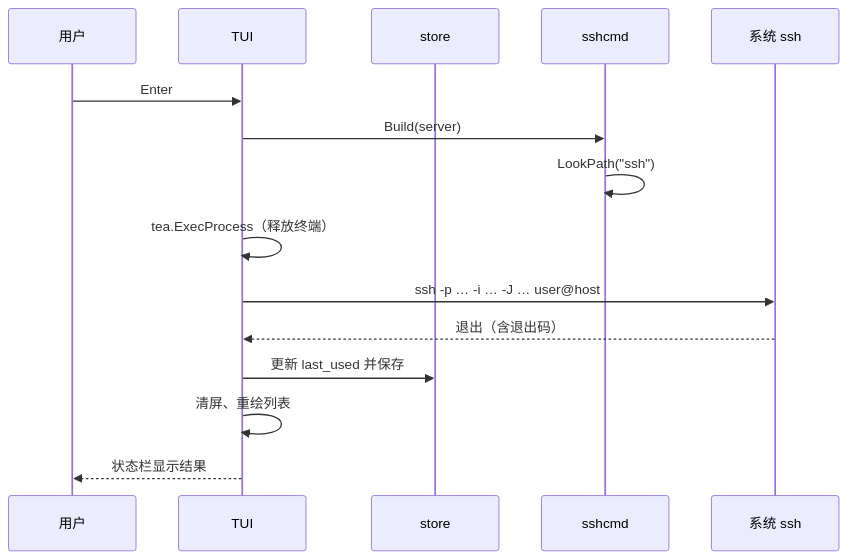
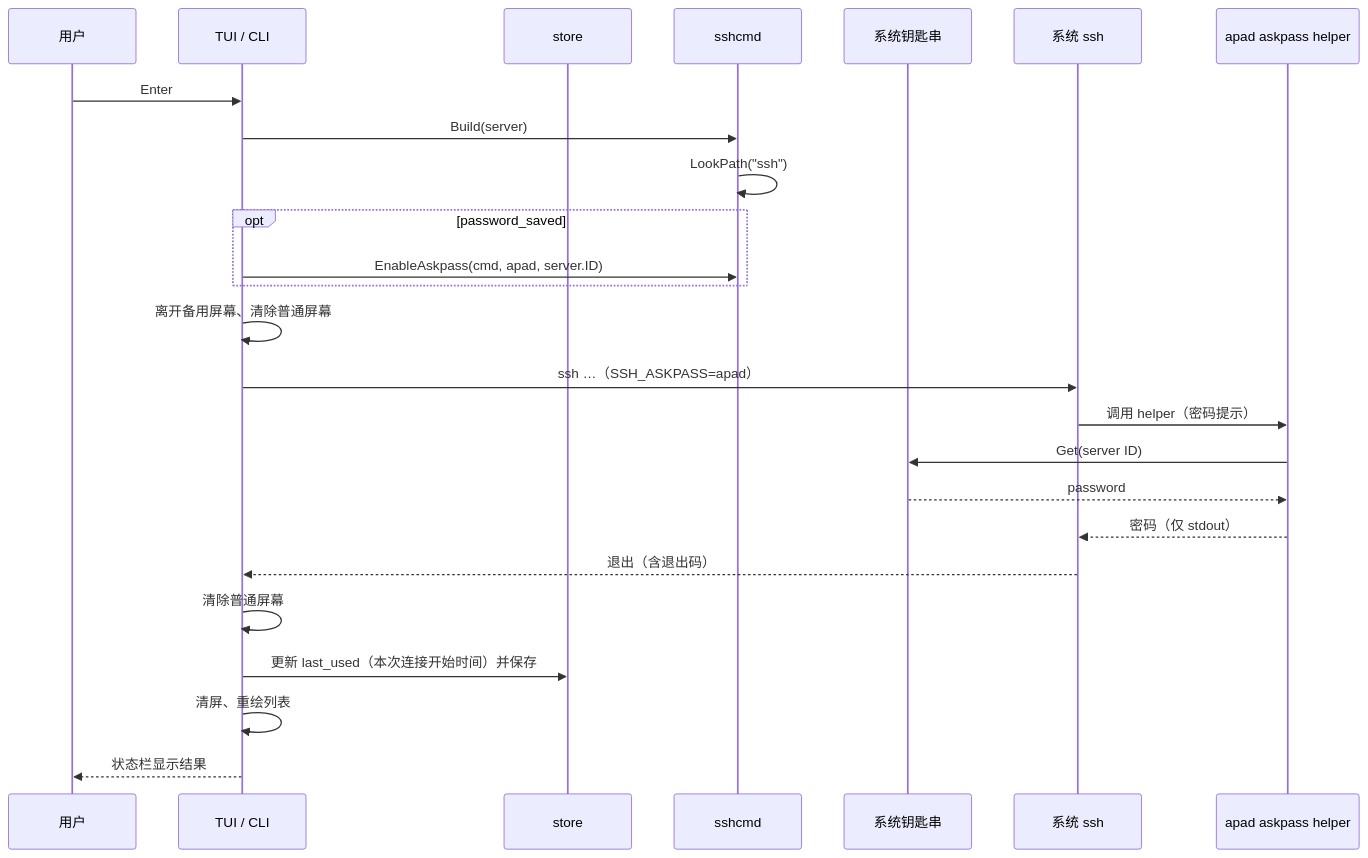
Before and after one commit to Chen-Christins/AddressPad: the second of 3 diagrams in docs/architecture.md, drawn with Mermaid. The commit also changed other lines of this file and 32 other files, not shown here.

First line of the commit message:
feat: add keychain password storage and relative last-used times

````diff
--- a/docs/architecture.md
+++ b/docs/architecture.md
@@ -86,18 +99,28 @@
 ```mermaid
 sequenceDiagram
     participant U as 用户
-    participant T as TUI
+    participant T as TUI / CLI
     participant S as store
     participant X as sshcmd
+    participant K as 系统钥匙串
     participant P as 系统 ssh
+    participant A as apad askpass helper
 
     U->>T: Enter
     T->>X: Build(server)
     X->>X: LookPath("ssh")
-    T->>T: tea.ExecProcess（释放终端）
-    T->>P: ssh -p … -i … -J … user@host
+    opt password_saved
+        T->>X: EnableAskpass(cmd, apad, server.ID)
+    end
+    T->>T: 离开备用屏幕、清除普通屏幕
+    T->>P: ssh …（SSH_ASKPASS=apad）
+    P->>A: 调用 helper（密码提示）
+    A->>K: Get(server ID)
+    K-->>A: password
+    A-->>P: 密码（仅 stdout）
     P-->>T: 退出（含退出码）
-    T->>S: 更新 last_used 并保存
+    T->>T: 清除普通屏幕
+    T->>S: 更新 last_used（本次连接开始时间）并保存
     T->>T: 清屏、重绘列表
     T-->>U: 状态栏显示结果
 ```
````
